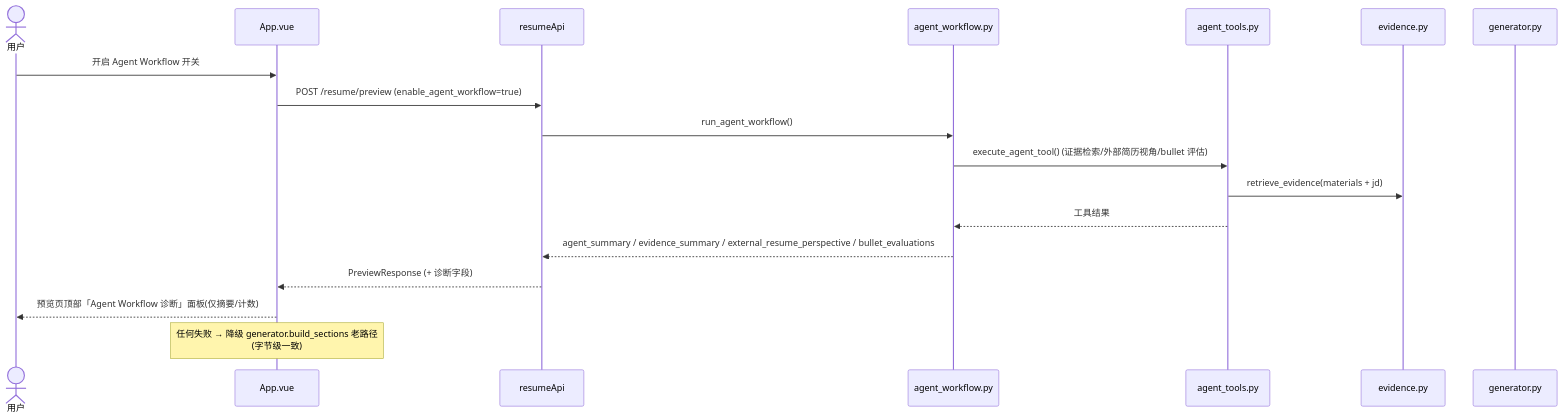
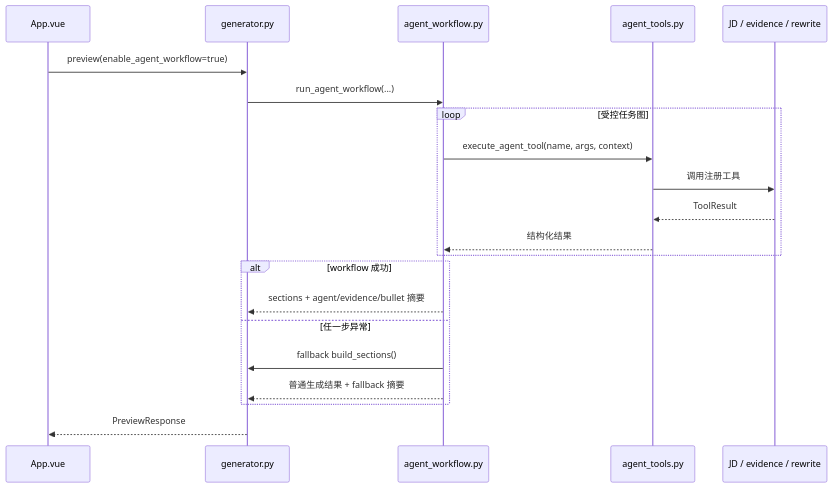
Before and after one commit to JJ704sd/Resume-Buff: the seventh of 9 diagrams in .harness/docs/system-architecture.md, drawn with Mermaid. The commit also changed other lines of this file, not shown here.

Commit message:
docs(architecture): refresh system design and data flows

````diff
--- a/.harness/docs/system-architecture.md
+++ b/.harness/docs/system-architecture.md
@@ -225,21 +324,24 @@
 ```mermaid
 sequenceDiagram
-  actor U as 用户
   participant FE as App.vue
-  participant API as resumeApi
+  participant GEN as generator.py
   participant WF as agent_workflow.py
   participant TOOLS as agent_tools.py
-  participant EVID as evidence.py
-  participant GEN as generator.py
+  participant CORE as JD / evidence / rewrite
 
-  U->>FE: 开启 Agent Workflow 开关
-  FE->>API: POST /resume/preview (enable_agent_workflow=true)
-  API->>WF: run_agent_workflow()
-  WF->>TOOLS: execute_agent_tool() (证据检索/外部简历视角/bullet 评估)
-  TOOLS->>EVID: retrieve_evidence(materials + jd)
-  TOOLS-->>WF: 工具结果
-  WF-->>API: agent_summary / evidence_summary / external_resume_perspective / bullet_evaluations
-  API-->>FE: PreviewResponse (+ 诊断字段)
-  FE-->>U: 预览页顶部「Agent Workflow 诊断」面板(仅摘要/计数)
-  Note over FE: 任何失败 → 降级 generator.build_sections 老路径<br/>(字节级一致)
+  FE->>GEN: preview(enable_agent_workflow=true)
+  GEN->>WF: run_agent_workflow(...)
+  loop 受控任务图
+    WF->>TOOLS: execute_agent_tool(name, args, context)
+    TOOLS->>CORE: 调用注册工具
+    CORE-->>TOOLS: ToolResult
+    TOOLS-->>WF: 结构化结果
+  end
+  alt workflow 成功
+    WF-->>GEN: sections + agent/evidence/bullet 摘要
+  else 任一步异常
+    WF->>GEN: fallback build_sections()
+    WF-->>GEN: 普通生成结果 + fallback 摘要
+  end
+  GEN-->>FE: PreviewResponse
 ```
````
